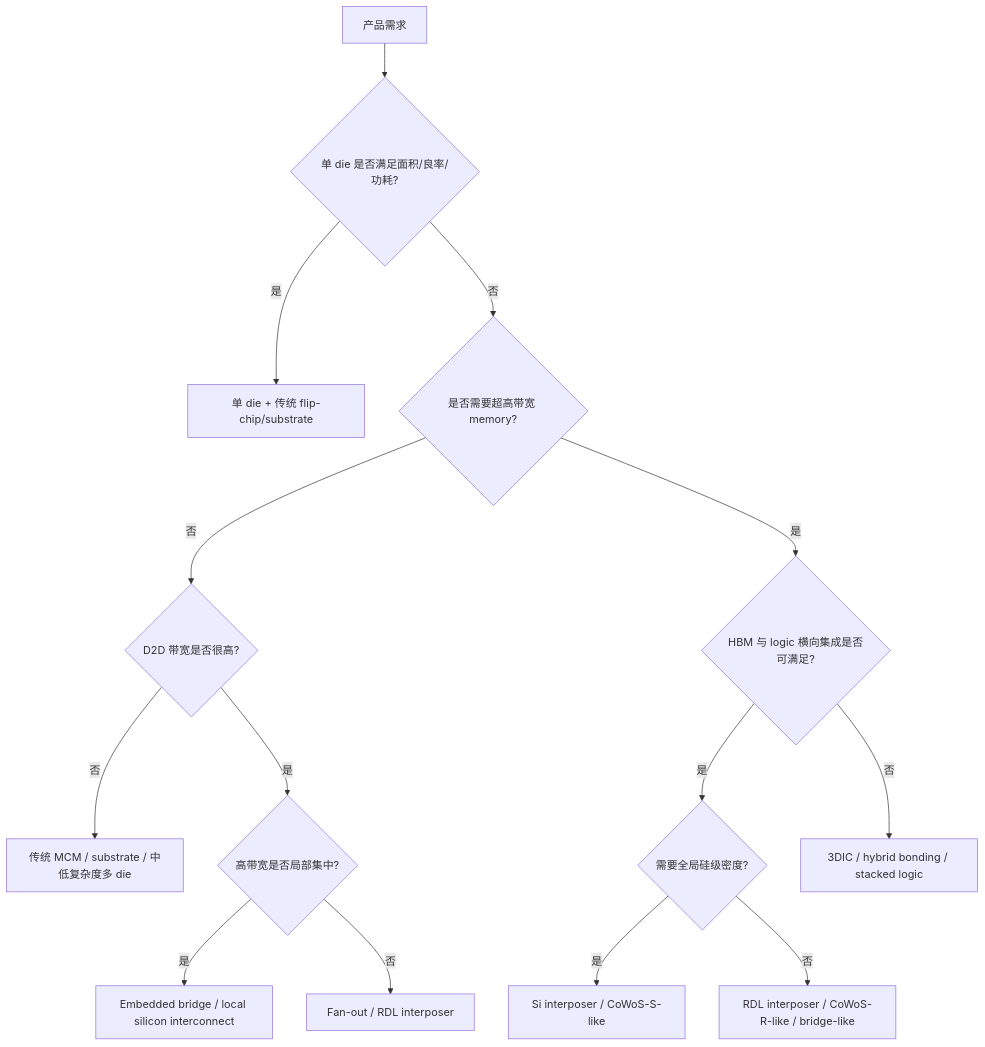
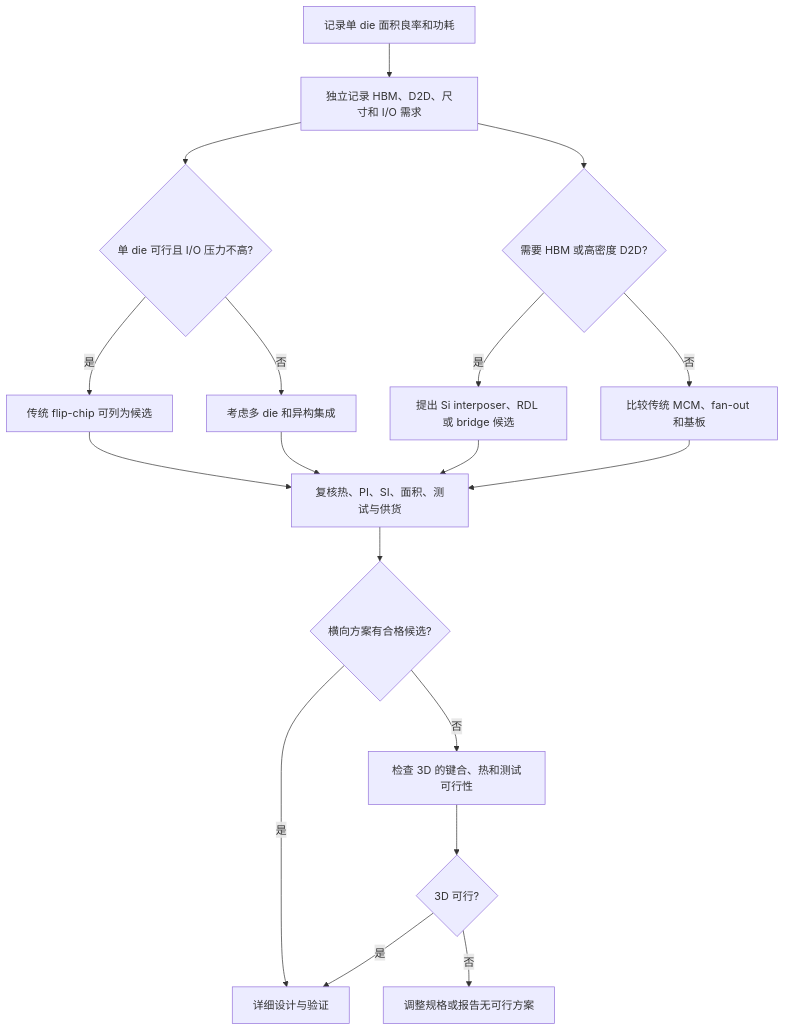
The diagram in FAB/wiki/08-reference/decision-tree-process-and-package.md (microarch-flow/wiki), drawn with Mermaid before and after one commit. The commit also changed other lines of this file and 458 other files, not shown here.

````diff
--- a/FAB/wiki/08-reference/decision-tree-process-and-package.md
+++ b/FAB/wiki/08-reference/decision-tree-process-and-package.md
@@ -12,16 +12,20 @@
 ```mermaid
 flowchart TD
-    A[产品需求] --> B{单 die 是否满足面积/良率/功耗?}
-    B -- 是 --> C[单 die + 传统 flip-chip/substrate]
-    B -- 否 --> D{是否需要超高带宽 memory?}
-    D -- 否 --> E{D2D 带宽是否很高?}
-    E -- 否 --> F[传统 MCM / substrate / 中低复杂度多 die]
-    E -- 是 --> G{高带宽是否局部集中?}
-    G -- 是 --> H[Embedded bridge / local silicon interconnect]
-    G -- 否 --> I[Fan-out / RDL interposer]
-    D -- 是 --> J{HBM 与 logic 横向集成是否可满足?}
-    J -- 是 --> K{需要全局硅级密度?}
-    K -- 是 --> L[Si interposer / CoWoS-S-like]
-    K -- 否 --> M[RDL interposer / CoWoS-R-like / bridge-like]
-    J -- 否 --> N[3DIC / hybrid bonding / stacked logic]
+    A[记录单 die 面积良率和功耗] --> B[独立记录 HBM、D2D、尺寸和 I/O 需求]
+    B --> C{单 die 可行且 I/O 压力不高?}
+    C -- 是 --> D[传统 flip-chip 可列为候选]
+    C -- 否 --> E[考虑多 die 和异构集成]
+    B --> F{需要 HBM 或高密度 D2D?}
+    F -- 是 --> G[提出 Si interposer、RDL 或 bridge 候选]
+    F -- 否 --> H[比较传统 MCM、fan-out 和基板]
+    D --> I[复核热、PI、SI、面积、测试与供货]
+    E --> I
+    G --> I
+    H --> I
+    I --> J{横向方案有合格候选?}
+    J -- 是 --> K[详细设计与验证]
+    J -- 否 --> L[检查 3D 的键合、热和测试可行性]
+    L --> M{3D 可行?}
+    M -- 是 --> K
+    M -- 否 --> N[调整规格或报告无可行方案]
 ```
````
